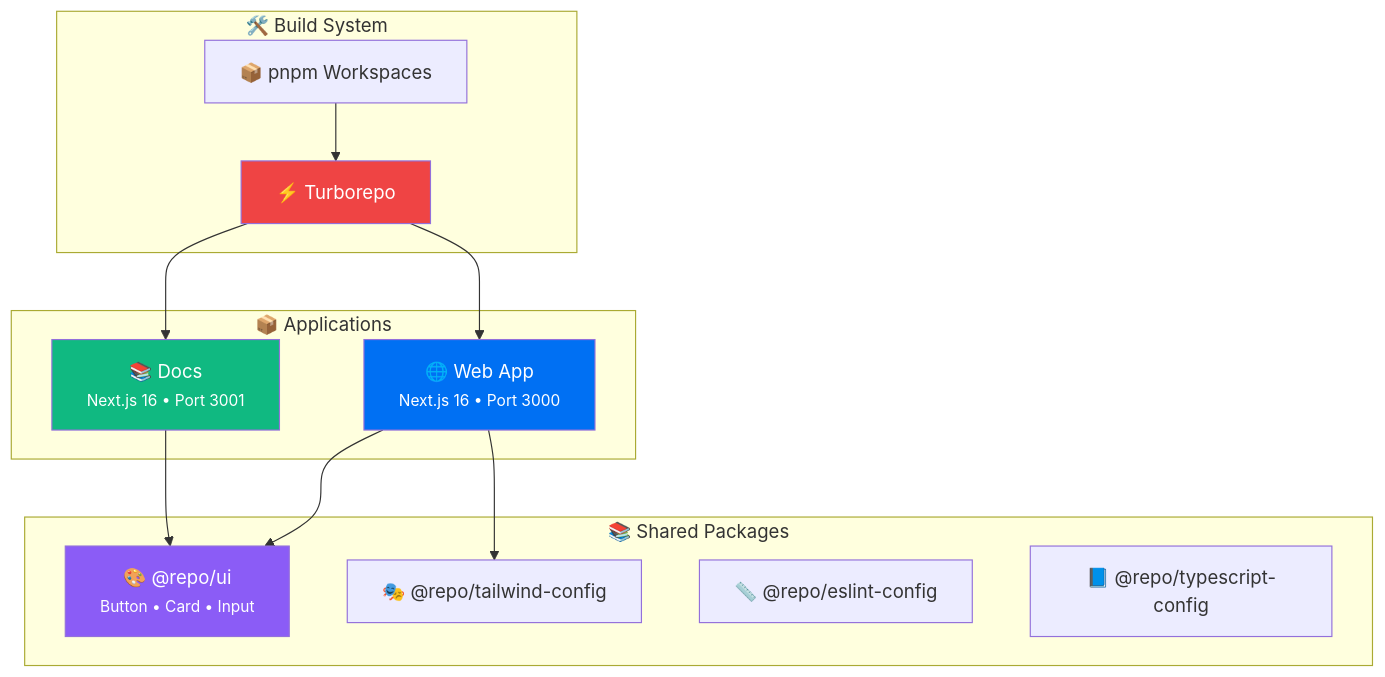
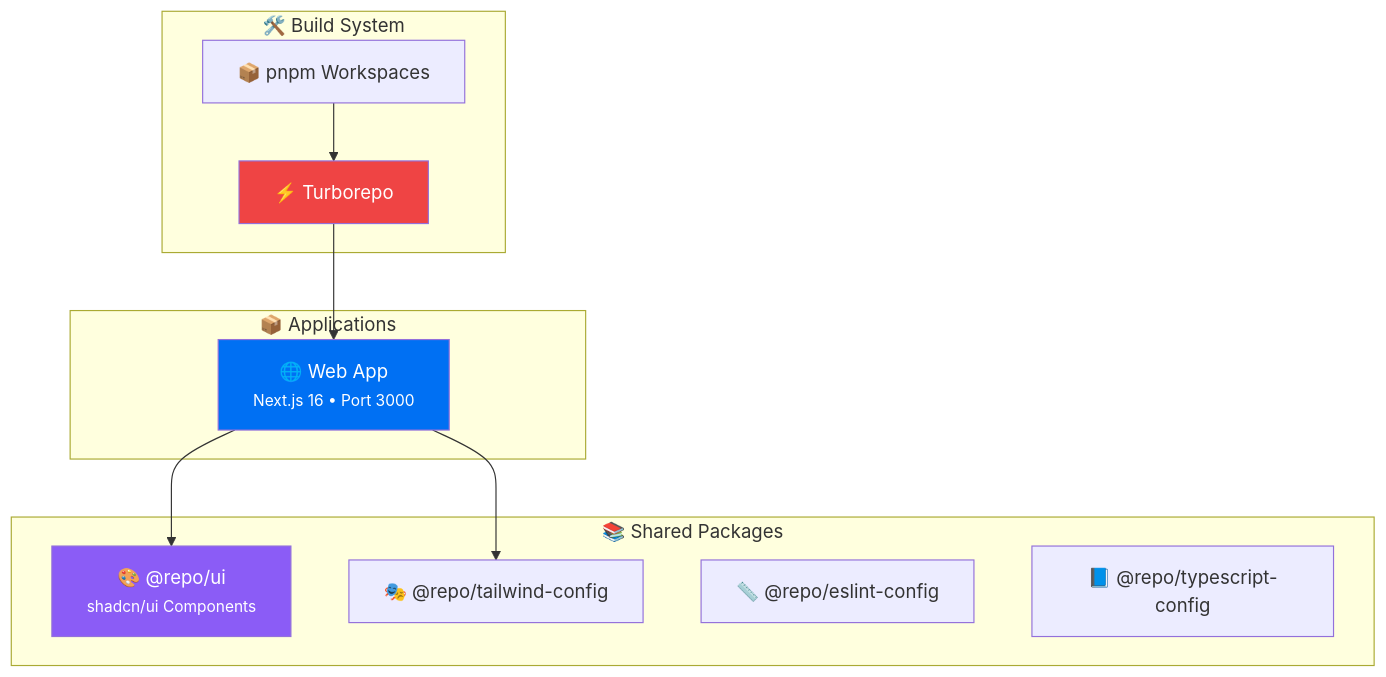
One commit to luv-jeri/my-computer changed the diagram in README.md. Above: the diagram before and after it, drawn with Mermaid. The commit also changed other lines of this file, not shown here.

Commit message:
docs: update readme with shadcn cli and remove docs app references

````diff
--- a/README.md
+++ b/README.md
@@ -48,31 +48,27 @@
 ```mermaid
 graph TB
     subgraph "📦 Applications"
         WEB["🌐 Web App<br/><small>Next.js 16 • Port 3000</small>"]
-        DOCS["📚 Docs<br/><small>Next.js 16 • Port 3001</small>"]
     end
 
     subgraph "📚 Shared Packages"
-        UI["🎨 @repo/ui<br/><small>Button • Card • Input</small>"]
+        UI["🎨 @repo/ui<br/><small>shadcn/ui Components</small>"]
         TAILWIND["🎭 @repo/tailwind-config"]
         ESLINT["📏 @repo/eslint-config"]
         TS["📘 @repo/typescript-config"]
     end
 
     subgraph "🛠️ Build System"
         TURBO["⚡ Turborepo"]
         PNPM["📦 pnpm Workspaces"]
     end
 
     WEB --> UI
     WEB --> TAILWIND
-    DOCS --> UI
     TURBO --> WEB
-    TURBO --> DOCS
     PNPM --> TURBO
 
     style WEB fill:#0070f3,color:#fff
-    style DOCS fill:#10b981,color:#fff
     style UI fill:#8b5cf6,color:#fff
     style TURBO fill:#ef4444,color:#fff
 ```
````
